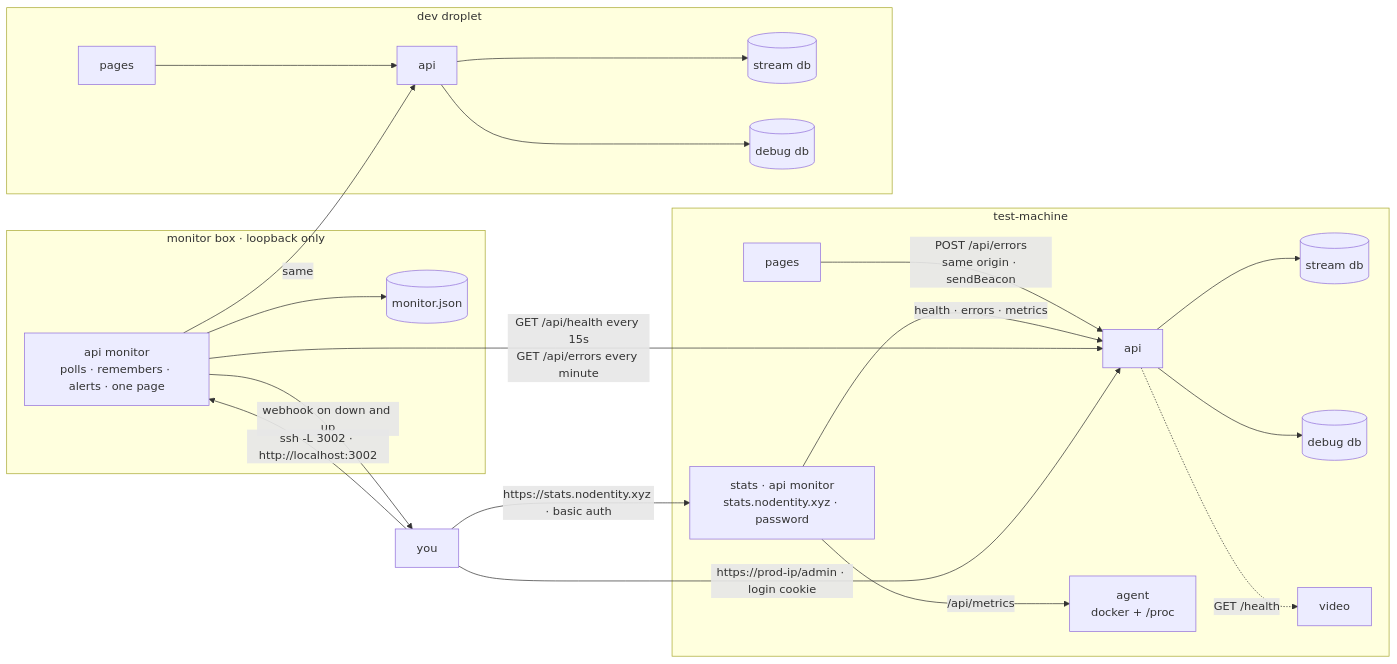
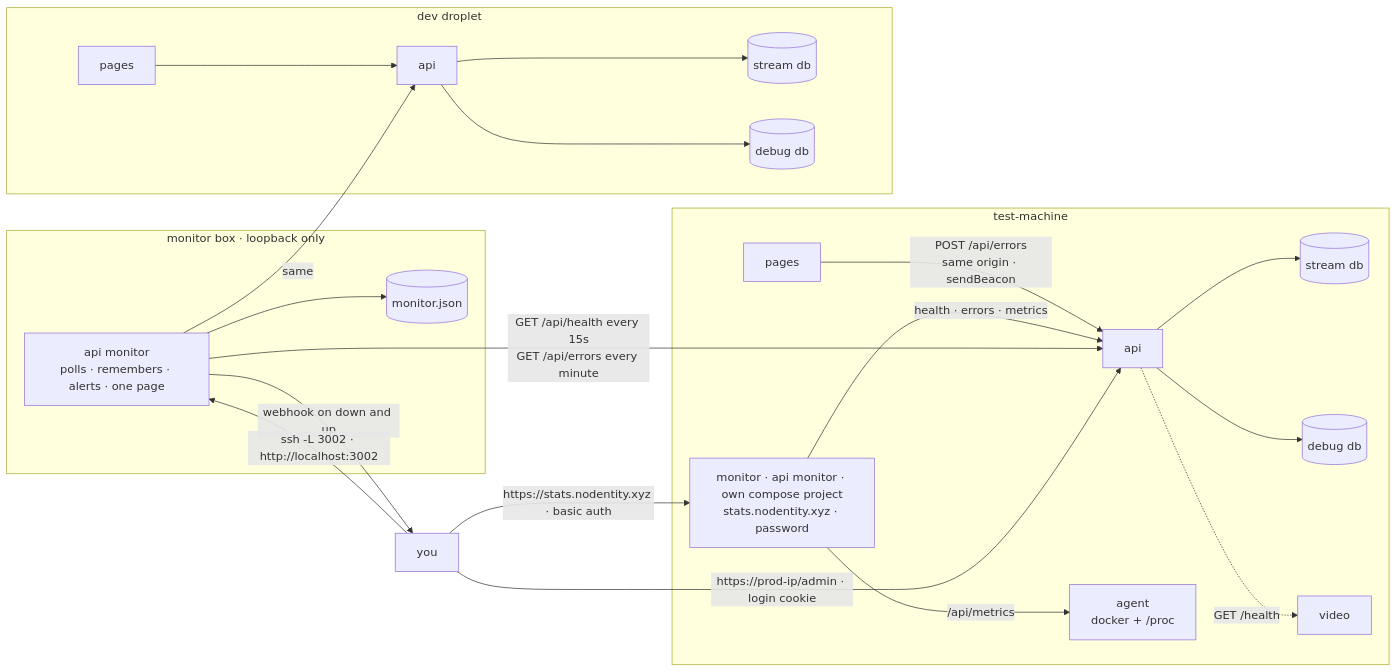
The diagram in docs/debugging.md (ZeroNerodaHero/slop-stream-architecture), drawn with Mermaid before and after one commit. The commit also changed other lines of this file and 5 other files, not shown here.

First line of the commit message:
Document the monitor's own compose project and the rule that app deploys never restart it

````diff
--- a/docs/debugging.md
+++ b/docs/debugging.md
@@ -14,27 +16,27 @@
 ```mermaid
 flowchart LR
   subgraph prod["test-machine"]
     pfe[pages] -->|"POST /api/errors<br/>same origin · sendBeacon"| papi[api]
-    pstats["stats · api monitor<br/>stats.nodentity.xyz · password"] -->|"health · errors · metrics"| papi
+    pstats["monitor · api monitor · own compose project<br/>stats.nodentity.xyz · password"] -->|"health · errors · metrics"| papi
     pstats -->|"/api/metrics"| pagent["agent<br/>docker + /proc"]
     papi --> pdb[(stream db)]
     papi --> pdbg[(debug db)]
     papi -.->|"GET /health"| pvideo[video]
   end
   subgraph dev["dev droplet"]
     dfe[pages] --> dapi[api]
     dapi --> ddb[(stream db)]
     dapi --> ddbg[(debug db)]
   end
   subgraph mon["monitor box · loopback only"]
     monitor["api monitor<br/>polls · remembers · alerts · one page"]
     file[("monitor.json")]
   end
   monitor --> file
   monitor -->|"GET /api/health every 15s<br/>GET /api/errors every minute"| papi
   monitor -->|"same"| dapi
   monitor -->|"webhook on down and up"| you[you]
   you -->|"ssh -L 3002 · http://localhost:3002"| monitor
   you -->|"https://stats.nodentity.xyz · basic auth"| pstats
   you -->|"https://prod-ip/admin · login cookie"| papi
 ```
````
